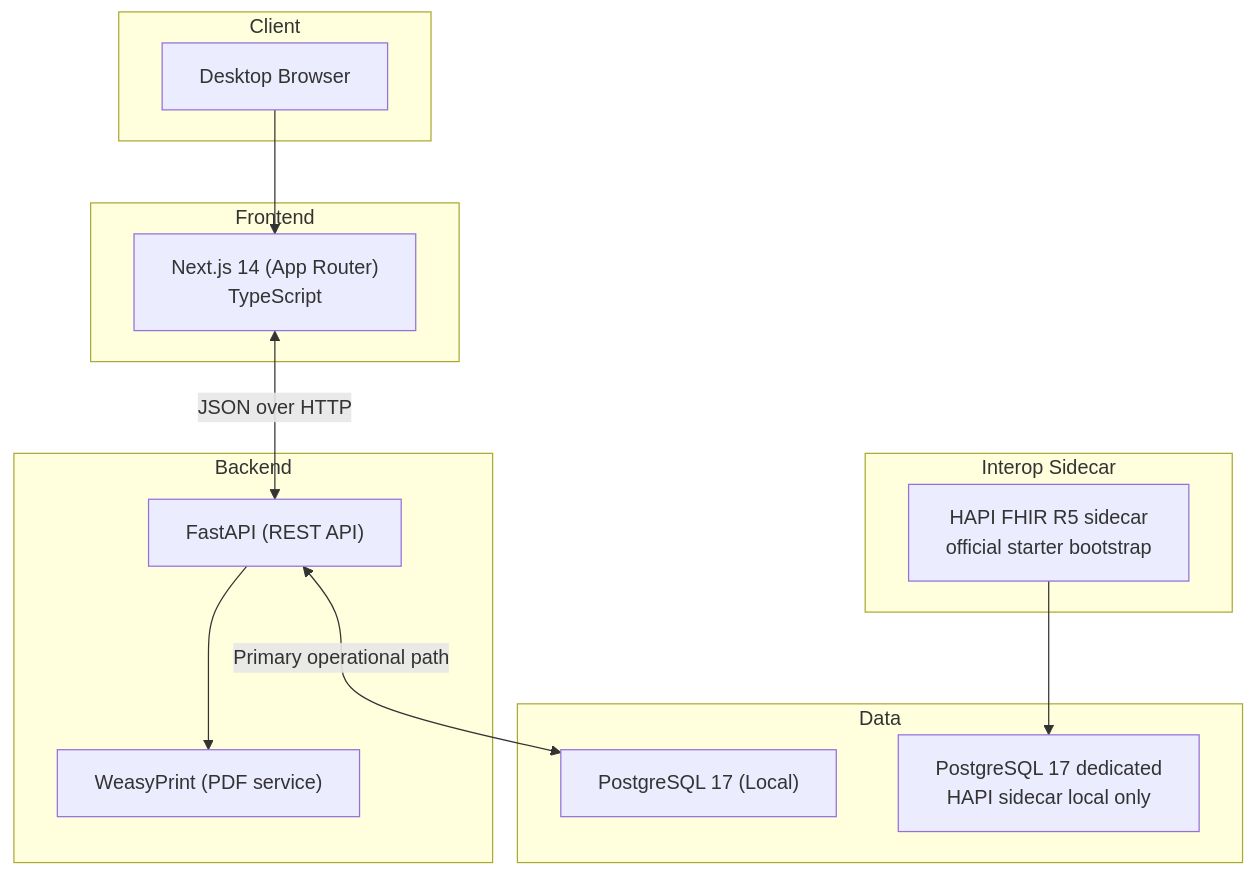
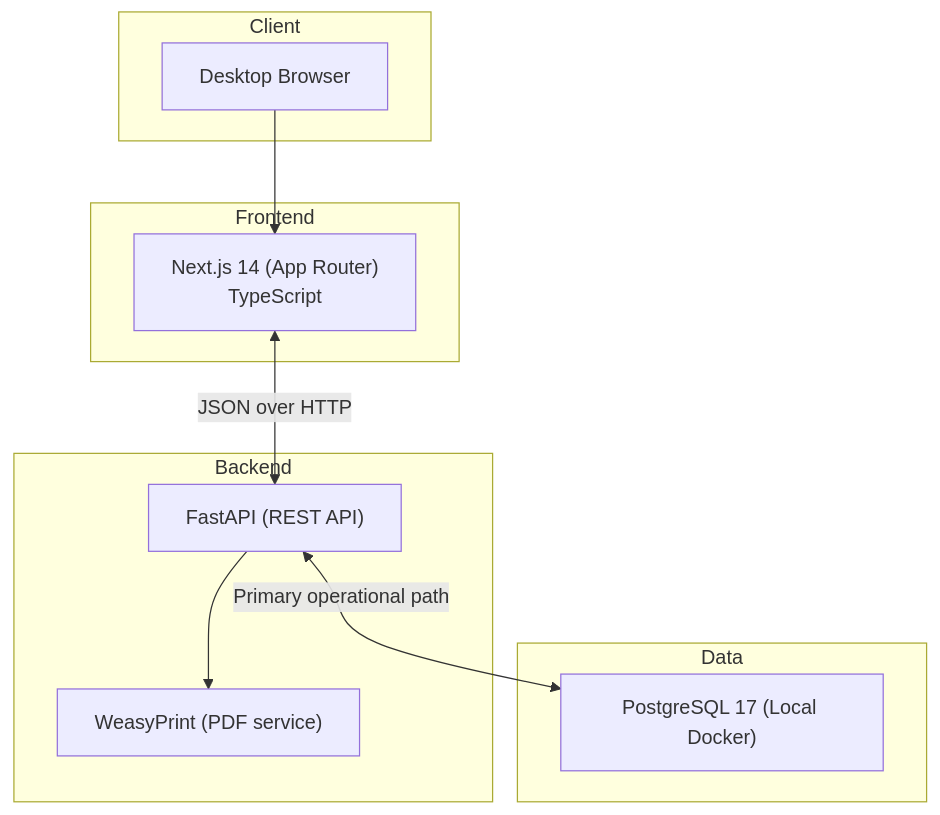
Before and after one commit to AIOjPINEDA/EHR_Local: the first of 2 diagrams in docs/architecture/overview.md, drawn with Mermaid. The commit also changed other lines of this file and 6 other files, not shown here.

````diff
--- a/docs/architecture/overview.md
+++ b/docs/architecture/overview.md
@@ -11,30 +11,24 @@
 ```mermaid
 flowchart TB
     subgraph Client ["Client"]
         Browser["Desktop Browser"]
     end
 
     subgraph Frontend ["Frontend"]
         NextJS["Next.js 14 (App Router)<br/>TypeScript"]
     end
 
     subgraph Backend ["Backend"]
         FastAPI["FastAPI (REST API)"]
         PDF["WeasyPrint (PDF service)"]
     end
 
-    subgraph Sidecar ["Interop Sidecar"]
-        HAPI["HAPI FHIR R5 sidecar<br/>official starter bootstrap"]
-    end
-
     subgraph Data ["Data"]
-        PG17["PostgreSQL 17 (Local)"]
-        HAPIPG["PostgreSQL 17 dedicated<br/>HAPI sidecar local only"]
+        PG17["PostgreSQL 17 (Local Docker)"]
     end
 
     Browser --> NextJS
     NextJS <-->|JSON over HTTP| FastAPI
     FastAPI --> PDF
     FastAPI <-->|Primary operational path| PG17
-    HAPI --> HAPIPG
 ```
````
